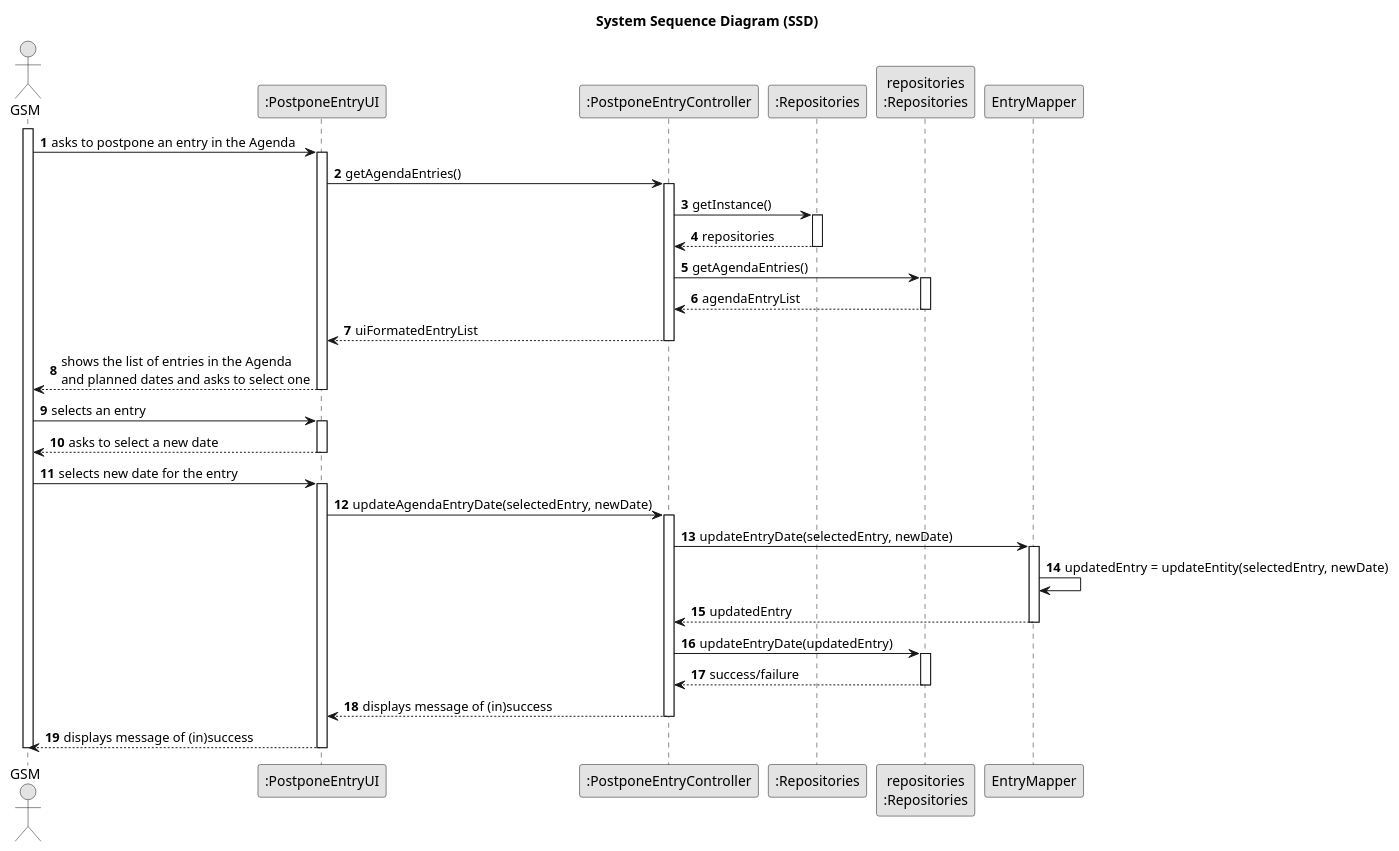
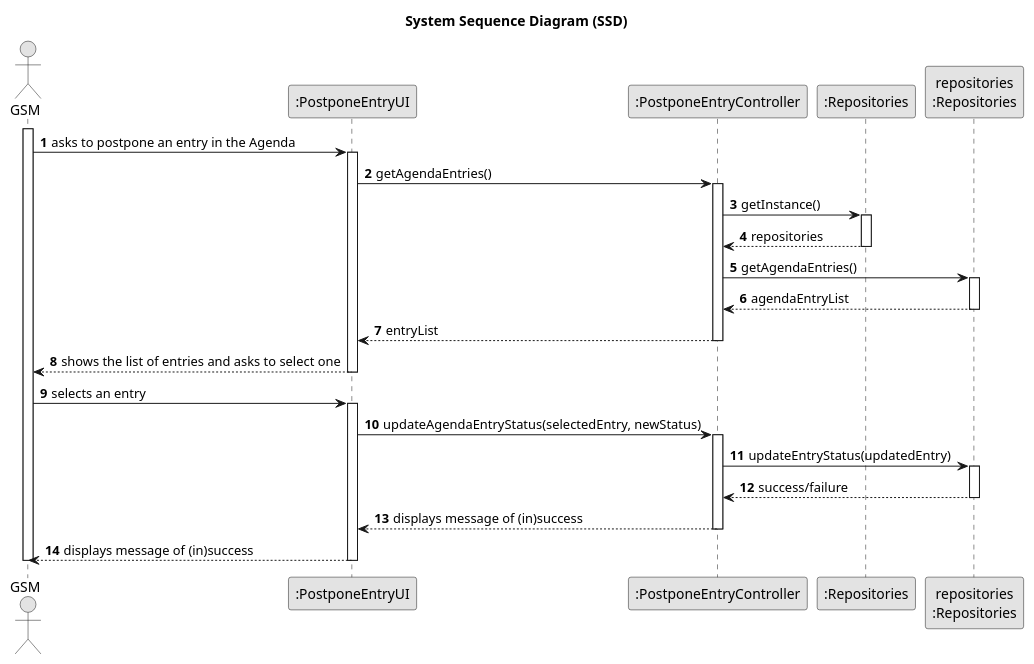
Before and after one commit to RicardoMorim/lapr2-ISEP-Project: the diagram in docs/sprintC/us024/03.design/puml/us024-sequence-diagram.puml, drawn with PlantUML. The commit also changed 3 other files, not shown here.

```diff
--- a/docs/sprintC/us024/03.design/puml/us024-sequence-diagram.puml
+++ b/docs/sprintC/us024/03.design/puml/us024-sequence-diagram.puml
@@ -1,77 +1,63 @@
 @startuml
 skinparam monochrome true
 skinparam packageStyle rectangle
 skinparam shadowing false
 
 title System Sequence Diagram (SSD)
 
 autonumber
 
 actor "GSM" as Employee
 participant ":PostponeEntryUI" as UI
 participant ":PostponeEntryController" as CTRL
 participant ":Repositories" as RepositorySingleton
 participant "repositories\n:Repositories" as AgendaRepo
 
 activate Employee
 
     Employee -> UI : asks to postpone an entry in the Agenda
     activate UI
 
         UI -> CTRL : getAgendaEntries()
         activate CTRL
 
             CTRL -> RepositorySingleton : getInstance()
             activate RepositorySingleton
 
                 RepositorySingleton --> CTRL: repositories
             deactivate RepositorySingleton
 
             CTRL -> AgendaRepo : getAgendaEntries()
             activate AgendaRepo
 
                 AgendaRepo --> CTRL : agendaEntryList
             deactivate AgendaRepo
 
-            CTRL --> UI : uiFormatedEntryList
+            CTRL --> UI : entryList
         deactivate CTRL
 
-        UI --> Employee : shows the list of entries in the Agenda\nand planned dates and asks to select one
+        UI --> Employee : shows the list of entries and asks to select one
     deactivate UI
 
     Employee -> UI : selects an entry
     activate UI
 
-        UI --> Employee : asks to select a new date
-    deactivate UI
-
-    Employee -> UI : selects new date for the entry
-    activate UI
-
-        UI -> CTRL : updateAgendaEntryDate(selectedEntry, newDate)
+        UI -> CTRL : updateAgendaEntryStatus(selectedEntry, newStatus)
         activate CTRL
 
-            CTRL -> "EntryMapper" : updateEntryDate(selectedEntry, newDate)
-            activate "EntryMapper"
 
-                "EntryMapper" -> "EntryMapper" : updatedEntry = updateEntity(selectedEntry, newDate)
-
-
-            "EntryMapper" --> CTRL : updatedEntry
-            deactivate "EntryMapper"
-
-            CTRL -> AgendaRepo : updateEntryDate(updatedEntry)
+            CTRL -> AgendaRepo : updateEntryStatus(updatedEntry)
             activate AgendaRepo
 
                 AgendaRepo --> CTRL : success/failure
             deactivate AgendaRepo
 
             CTRL --> UI : displays message of (in)success
         deactivate CTRL
 
         UI --> Employee : displays message of (in)success
     deactivate UI
 
 deactivate Employee
 
 @enduml
```
